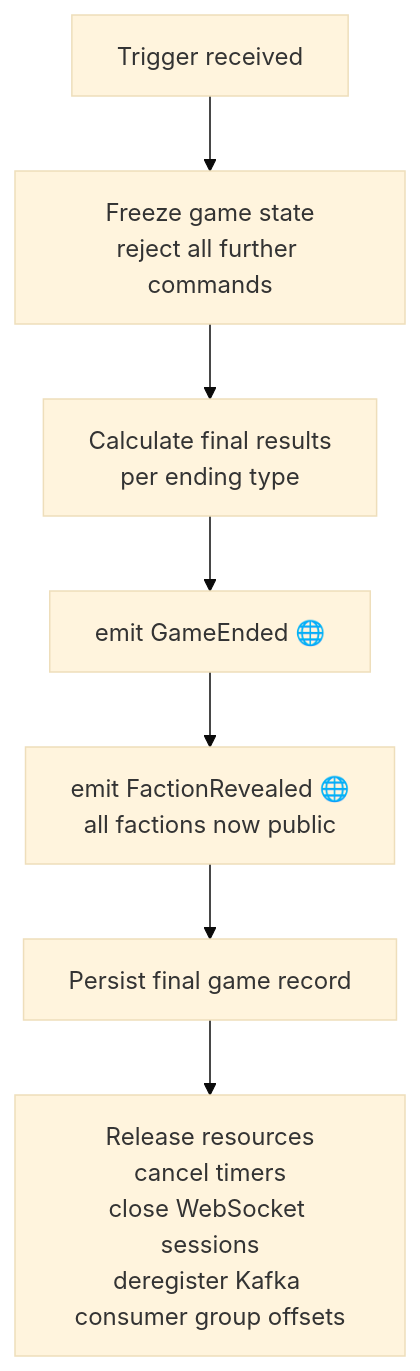
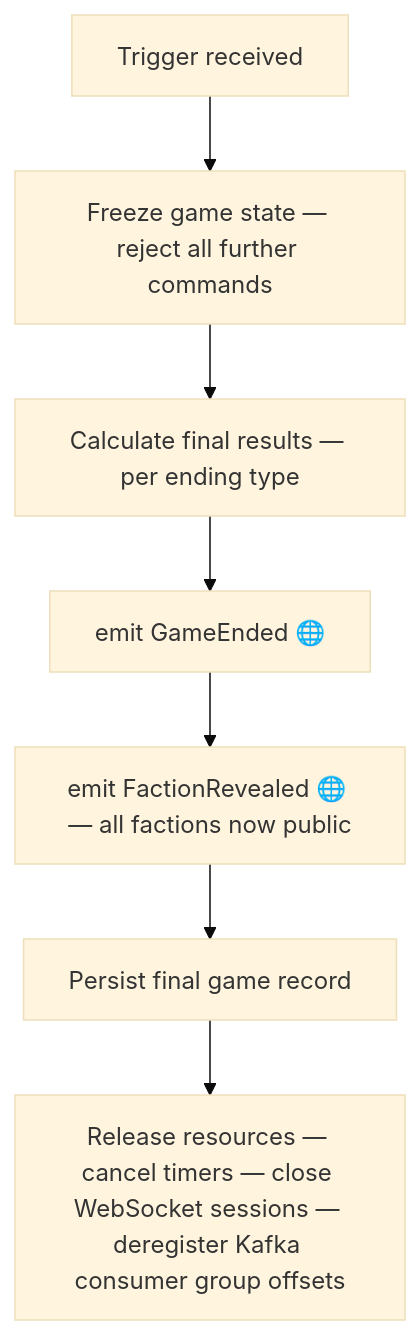
Before and after one commit to temporal-rift/docs: the diagram in sagas/game-end.mdx, drawn with Mermaid (base theme). The commit also changed 9 other files, not shown here.

First line of the commit message:
fix: replace literal \n in Mermaid node labels with em-dash separator

````diff
--- a/sagas/game-end.mdx
+++ b/sagas/game-end.mdx
@@ -12,9 +12,9 @@
 ```mermaid
 flowchart TD
-  A[Trigger received] --> B[Freeze game state\nreject all further commands]
-  B --> C[Calculate final results\nper ending type]
+  A[Trigger received] --> B[Freeze game state — reject all further commands]
+  B --> C[Calculate final results — per ending type]
   C --> D[emit GameEnded 🌐]
-  D --> E[emit FactionRevealed 🌐\nall factions now public]
+  D --> E[emit FactionRevealed 🌐 — all factions now public]
   E --> F[Persist final game record]
-  F --> G[Release resources\ncancel timers\nclose WebSocket sessions\nderegister Kafka consumer group offsets]
+  F --> G[Release resources — cancel timers — close WebSocket sessions — deregister Kafka consumer group offsets]
 ```
````
